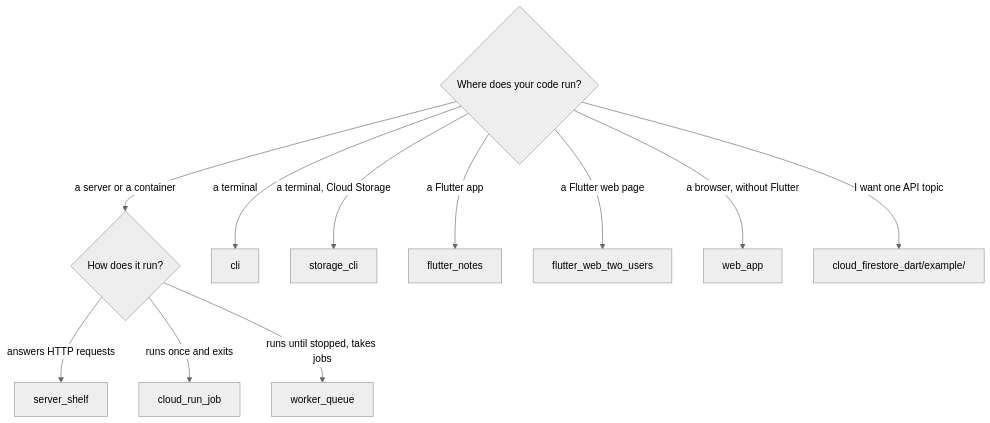
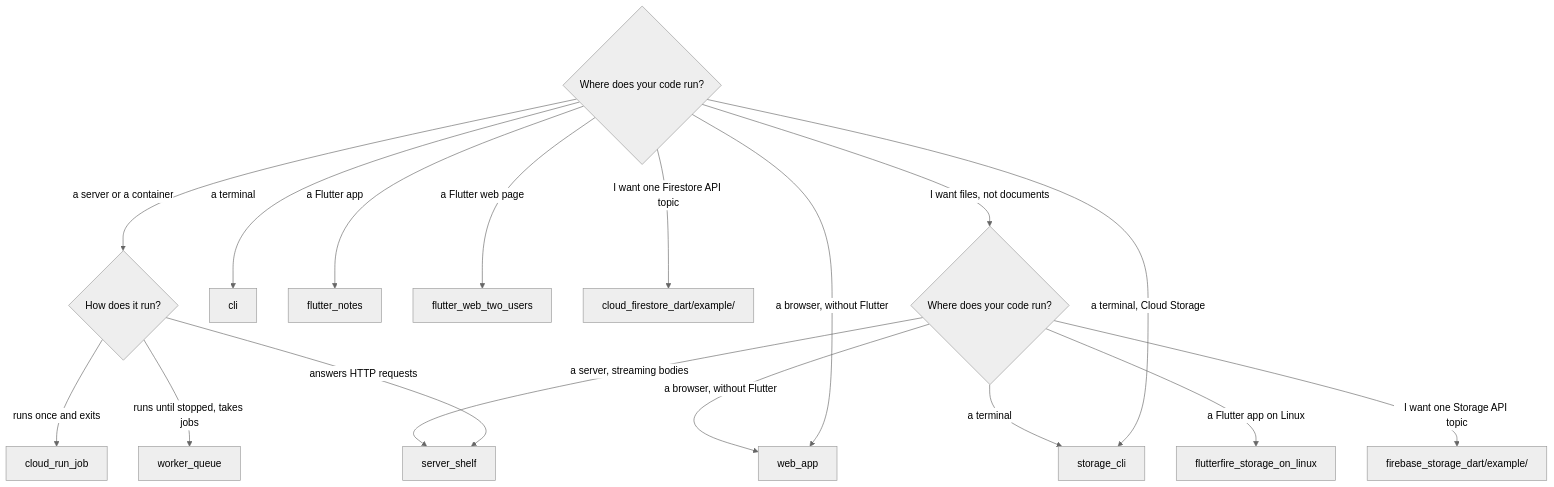
Before and after one commit to long1eu/firebase_dart_sdk: the diagram in examples/README.md, drawn with Mermaid (neutral theme). The commit also changed other lines of this file and 44 other files, not shown here.

First line of the commit message:
Storage: examples for firebase_storage_dart

````diff
--- a/examples/README.md
+++ b/examples/README.md
@@ -22,14 +23,20 @@
 ```mermaid
 flowchart TD
   start{"Where does your code run?"}
   start -- "a server or a container" --> serverKind{"How does it run?"}
   serverKind -- "answers HTTP requests" --> serverShelf["server_shelf"]
   serverKind -- "runs once and exits" --> cloudRunJob["cloud_run_job"]
   serverKind -- "runs until stopped, takes jobs" --> workerQueue["worker_queue"]
   start -- "a terminal" --> cli["cli"]
   start -- "a terminal, Cloud Storage" --> storageCli["storage_cli"]
   start -- "a Flutter app" --> flutterNotes["flutter_notes"]
   start -- "a Flutter web page" --> flutterWeb["flutter_web_two_users"]
   start -- "a browser, without Flutter" --> webApp["web_app"]
-  start -- "I want one API topic" --> apiExamples["cloud_firestore_dart/example/"]
+  start -- "I want one Firestore API topic" --> apiExamples["cloud_firestore_dart/example/"]
+  start -- "I want files, not documents" --> storageKind{"Where does your code run?"}
+  storageKind -- "a server, streaming bodies" --> serverShelf
+  storageKind -- "a browser, without Flutter" --> webApp
+  storageKind -- "a Flutter app on Linux" --> flutterStorage["flutterfire_storage_on_linux"]
+  storageKind -- "a terminal" --> storageCli
+  storageKind -- "I want one Storage API topic" --> storageExamples["firebase_storage_dart/example/"]
 ```
````
